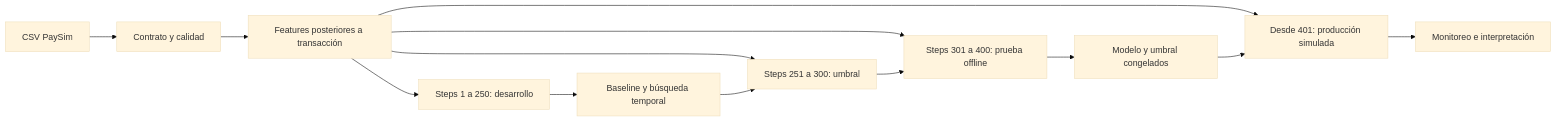
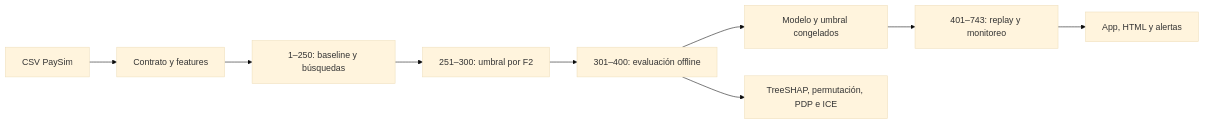
Before and after one commit to jorgesialer/Proyecto-mle-fraude: the diagram in README.md, drawn with Mermaid (base theme). The commit also changed other lines of this file and 52 other files, not shown here.

````diff
--- a/README.md
+++ b/README.md
@@ -9,15 +9,11 @@
 ```mermaid
 flowchart LR
-    A[CSV PaySim] --> B[Contrato y calidad]
-    B --> C[Features posteriores a transacción]
-    C --> D[Steps 1 a 250: desarrollo]
-    C --> E[Steps 251 a 300: umbral]
-    C --> F[Steps 301 a 400: prueba offline]
-    C --> G[Desde 401: producción simulada]
-    D --> H[Baseline y búsqueda temporal]
-    H --> E
-    E --> F
-    F --> I[Modelo y umbral congelados]
-    I --> G
-    G --> J[Monitoreo e interpretación]
+ A[CSV PaySim] --> B[Contrato y features]
+ B --> C[1–250: baseline y búsquedas]
+ C --> D[251–300: umbral por F2]
+ D --> E[301–400: evaluación offline]
+ E --> F[Modelo y umbral congelados]
+ F --> G[401–743: replay y monitoreo]
+ E --> H[TreeSHAP, permutación, PDP e ICE]
+ G --> I[App, HTML y alertas]
 ```
````
